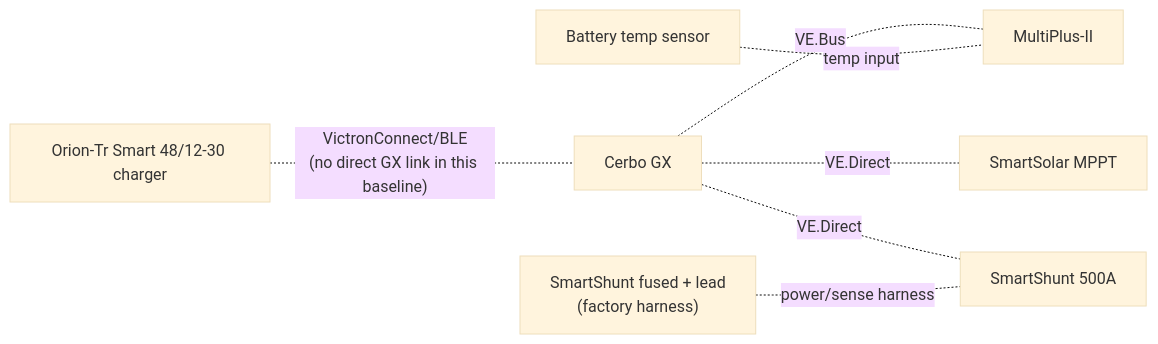
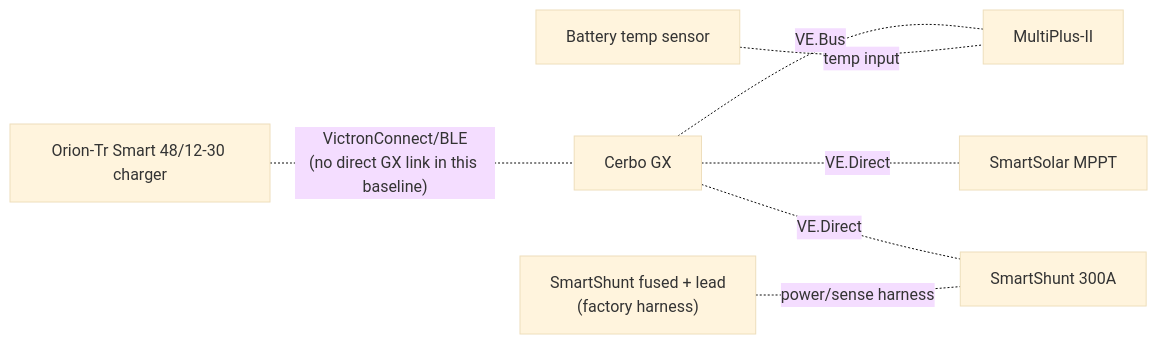
One commit to DataDaneDev/HiatusBuild changed the diagram in docs/pdf_exports/assets/ELECTRICAL_overview_diagram/diagram-04.mmd. Above: the diagram before and after it, drawn with Mermaid (base theme). The commit also changed 12 other files, not shown here.

```diff
--- a/docs/pdf_exports/assets/ELECTRICAL_overview_diagram/diagram-04.mmd
+++ b/docs/pdf_exports/assets/ELECTRICAL_overview_diagram/diagram-04.mmd
@@ -1,15 +1,15 @@
 flowchart LR
     CERBO["Cerbo GX"]
     MULTI["MultiPlus-II"]
     MPPT["SmartSolar MPPT"]
-    SHUNT["SmartShunt 500A"]
+    SHUNT["SmartShunt 300A"]
     ORION["Orion-Tr Smart 48/12-30 charger"]
     BTEMP["Battery temp sensor"]
     SHUNT_PWR["SmartShunt fused + lead\n(factory harness)"]
 
     CERBO -. "VE.Bus" .- MULTI
     CERBO -. "VE.Direct" .- MPPT
     CERBO -. "VE.Direct" .- SHUNT
     ORION -. "VictronConnect/BLE\n(no direct GX link in this baseline)" .- CERBO
     BTEMP -. "temp input" .- MULTI
     SHUNT_PWR -. "power/sense harness" .- SHUNT
```
